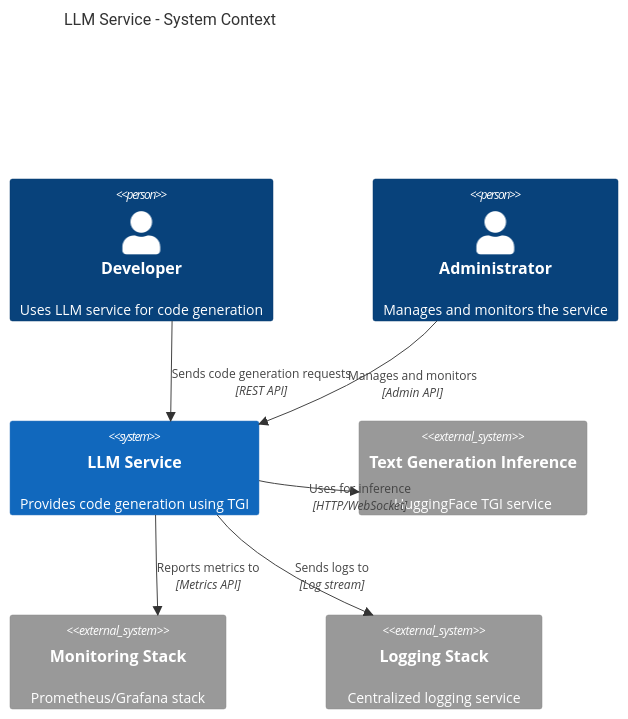
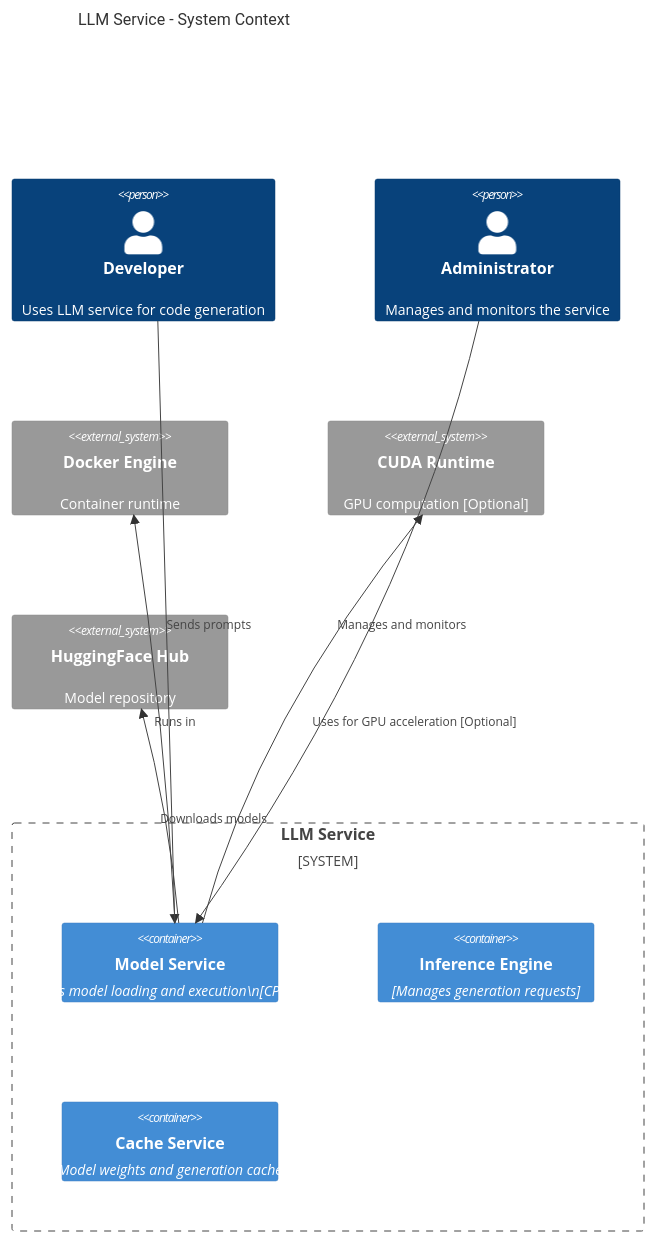
One commit to zhifengzhang-sz/qi-v2-dp changed the first of 4 diagrams in services/ai/llm-service/docs/design/design.c4.md. Above: the diagram before and after it, drawn with Mermaid. The commit also changed other lines of this file and 14 other files, not shown here.

Commit message:
llm using huggingface's TGI, on going

````diff
--- a/services/ai/llm-service/docs/design/design.c4.md
+++ b/services/ai/llm-service/docs/design/design.c4.md
@@ -4,20 +5,24 @@
 ```mermaid
 C4Context
     title LLM Service - System Context
 
     Person(developer, "Developer", "Uses LLM service for code generation")
     Person(admin, "Administrator", "Manages and monitors the service")
 
-    System(llm_service, "LLM Service", "Provides code generation using TGI")
+    System_Boundary(llm, "LLM Service") {
+        Container(model, "Model Service", "Handles model loading and execution\n[CPU/GPU]")
+        Container(inference, "Inference Engine", "Manages generation requests")
+        Container(cache, "Cache Service", "Model weights and generation cache")
+    }
 
-    System_Ext(tgi, "Text Generation Inference", "HuggingFace TGI service")
-    System_Ext(monitoring, "Monitoring Stack", "Prometheus/Grafana stack")
-    System_Ext(logging, "Logging Stack", "Centralized logging service")
+    System_Ext(docker, "Docker Engine", "Container runtime")
+    System_Ext(cuda, "CUDA Runtime", "GPU computation [Optional]")
+    System_Ext(huggingface, "HuggingFace Hub", "Model repository")
 
-    Rel(developer, llm_service, "Sends code generation requests", "REST API")
-    Rel(admin, llm_service, "Manages and monitors", "Admin API")
-    
-    Rel(llm_service, tgi, "Uses for inference", "HTTP/WebSocket")
-    Rel(llm_service, monitoring, "Reports metrics to", "Metrics API")
-    Rel(llm_service, logging, "Sends logs to", "Log stream")
+    Rel(developer, model, "Sends prompts")
+    Rel(admin, model, "Manages and monitors")
+
+    Rel(model, huggingface, "Downloads models")
+    Rel(model, docker, "Runs in")
+    Rel(model, cuda, "Uses for GPU acceleration [Optional]")
 ```
````
